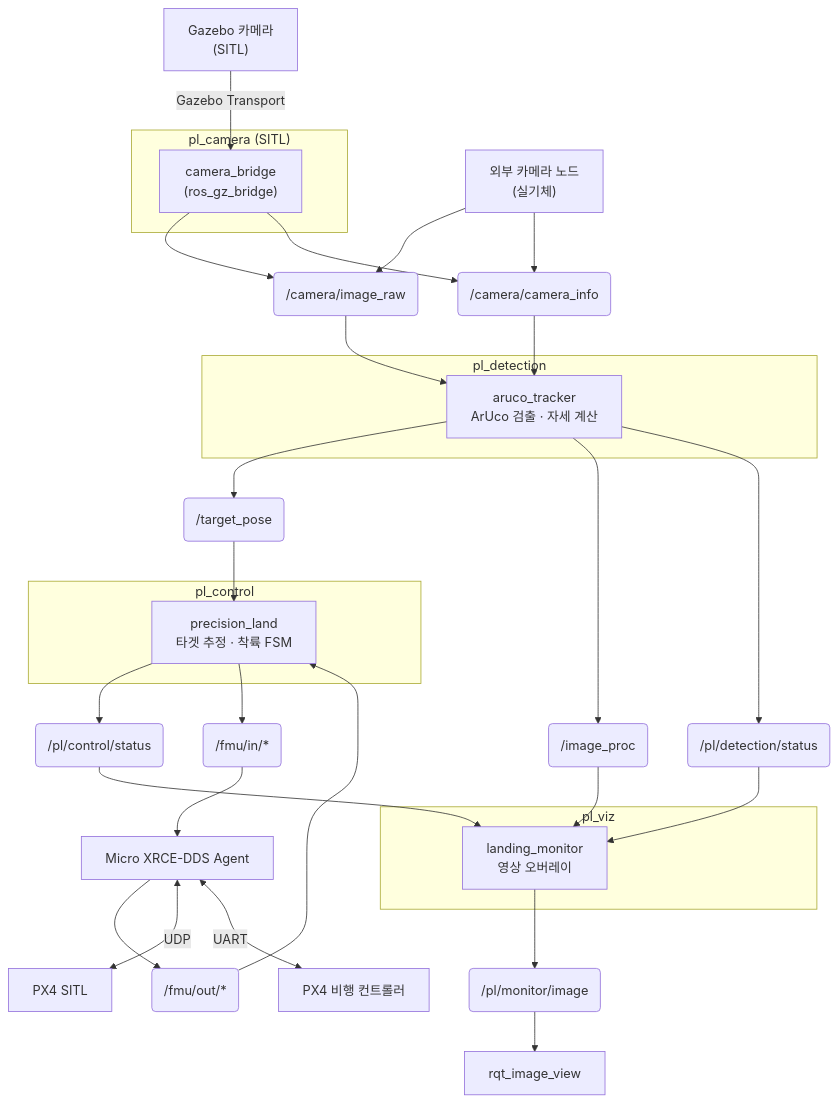
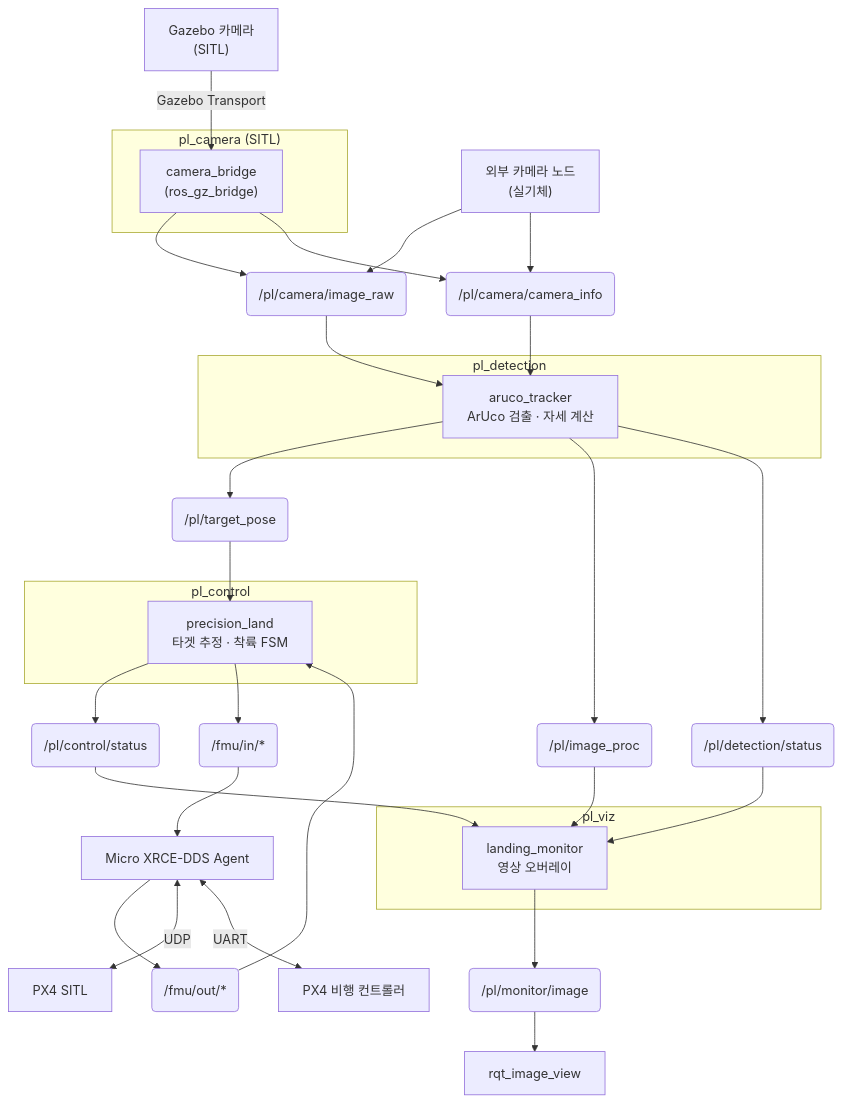
One commit to IN-AIR-KR/precision-landing changed the first of 3 diagrams in README.md. Above: the diagram before and after it, drawn with Mermaid. The commit also changed other lines of this file and 21 other files, not shown here.

````diff
--- a/README.md
+++ b/README.md
@@ -20,54 +20,54 @@
 ```mermaid
 graph TD
     GAZEBO["Gazebo 카메라<br/>(SITL)"]
     EXTERNAL["외부 카메라 노드<br/>(실기체)"]
 
     subgraph pl_camera ["pl_camera (SITL)"]
         CAMERA_BRIDGE["camera_bridge<br/>(ros_gz_bridge)"]
     end
 
-    IMAGE("/camera/image_raw")
-    INFO("/camera/camera_info")
+    IMAGE("/pl/camera/image_raw")
+    INFO("/pl/camera/camera_info")
 
     subgraph pl_detection ["pl_detection"]
         DETECTOR["aruco_tracker<br/>ArUco 검출 · 자세 계산"]
     end
 
-    POSE("/target_pose")
-    DEBUG("/image_proc")
+    POSE("/pl/target_pose")
+    DEBUG("/pl/image_proc")
     DETECTION_STATUS("/pl/detection/status")
 
     subgraph pl_control ["pl_control"]
         CONTROL["precision_land<br/>타겟 추정 · 착륙 FSM"]
     end
 
     COMMAND("/fmu/in/*")
     FLIGHT_STATE("/fmu/out/*")
     CONTROL_STATUS("/pl/control/status")
 
     subgraph pl_viz ["pl_viz"]
         MONITOR["landing_monitor<br/>영상 오버레이"]
     end
 
     HUD("/pl/monitor/image")
     VIEWER["rqt_image_view"]
     AGENT["Micro XRCE-DDS Agent"]
     PX4_SITL["PX4 SITL"]
     PX4_HW["PX4 비행 컨트롤러"]
 
     GAZEBO -->|Gazebo Transport| CAMERA_BRIDGE
     CAMERA_BRIDGE --> IMAGE & INFO
     EXTERNAL --> IMAGE & INFO
     IMAGE & INFO --> DETECTOR
 
     DETECTOR --> POSE --> CONTROL
     DETECTOR --> DEBUG & DETECTION_STATUS
     CONTROL --> CONTROL_STATUS
     DEBUG & DETECTION_STATUS & CONTROL_STATUS --> MONITOR
     MONITOR --> HUD --> VIEWER
 
     CONTROL --> COMMAND --> AGENT
     AGENT --> FLIGHT_STATE --> CONTROL
     AGENT <-->|UDP| PX4_SITL
     AGENT <-->|UART| PX4_HW
 ```
````
